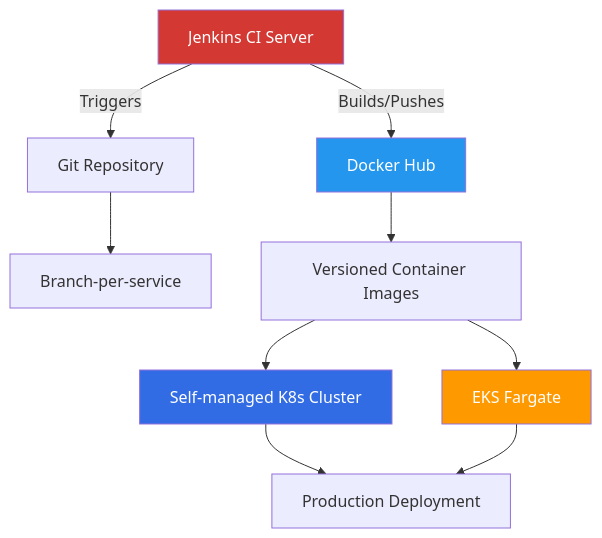
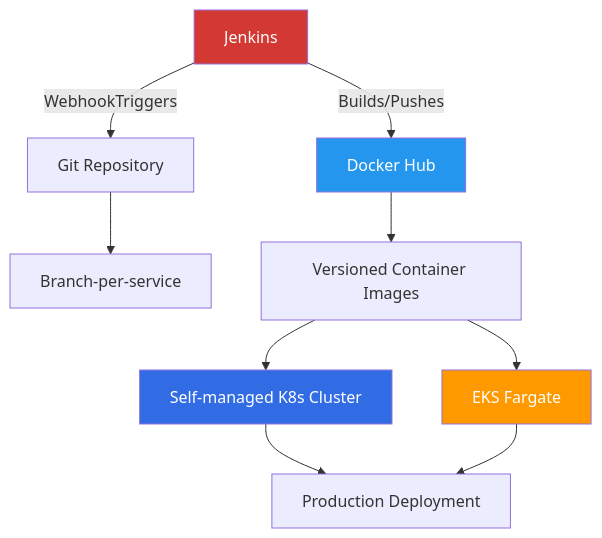
The first of 4 diagrams in README.md (adelromany/Microservice), drawn with Mermaid before and after one commit.

````diff
--- a/README.md
+++ b/README.md
@@ -37,15 +37,15 @@
 ```mermaid
 graph TD
-    A[Jenkins CI Server] -->|Triggers| B[Git Repository]
+    A[Jenkins] -->|WebhookTriggers| B[Git Repository]
     A -->|Builds/Pushes| C[Docker Hub]
     B --> D[Branch-per-service]
     C --> E[Versioned Container Images]
     E --> F[Self-managed K8s Cluster]
     E --> G[EKS Fargate]
     F & G --> H[Production Deployment]
     
     style A fill:#D33833,color:white
     style C fill:#2496ED,color:white
     style F fill:#326CE5,color:white
     style G fill:#FF9900,color:white
 ```
````
